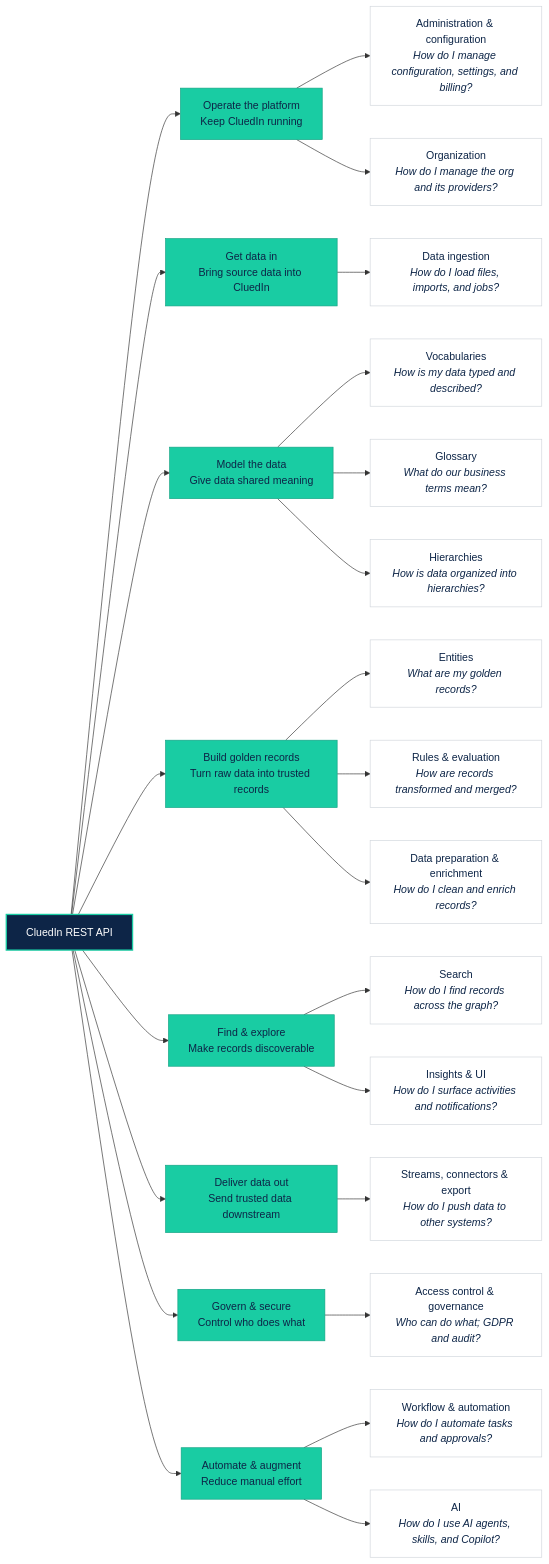
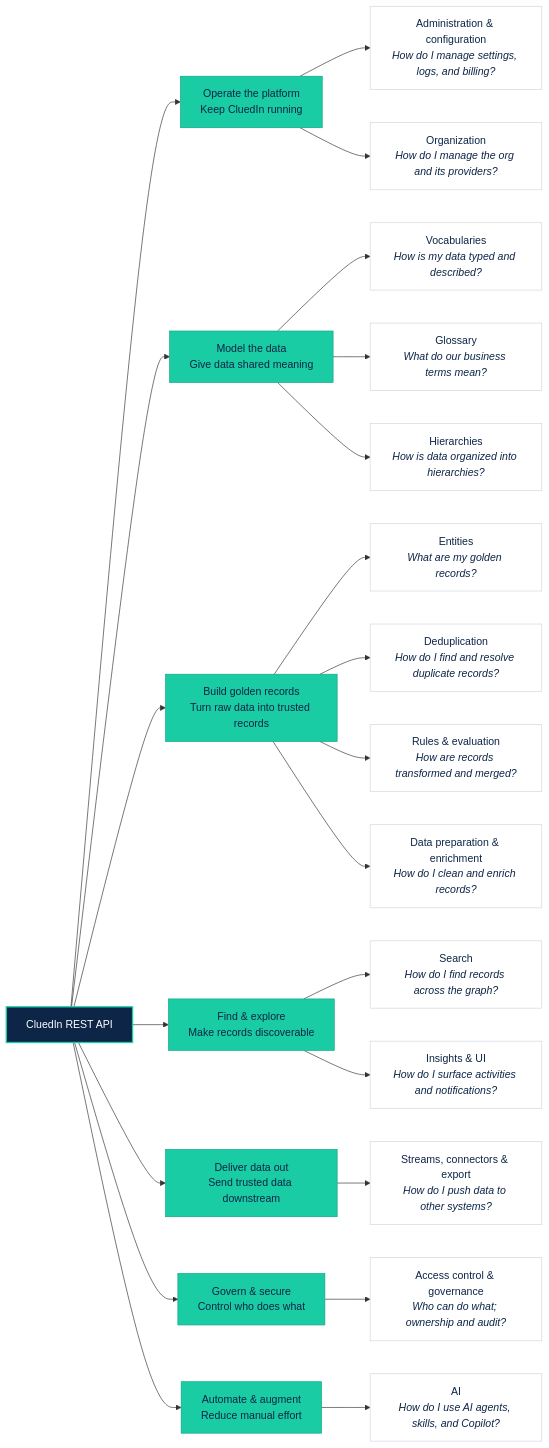
Before and after one commit to CluedIn-io/CluedIn.Documentation: the diagram in docs/250-rest-api/010-get-started.md, drawn with Mermaid. The commit also changed other lines of this file and 44 other files, not shown here.

First line of the commit message:
Apply updated REST API audit: exclude 25 more controllers, add Deduplication category

````diff
--- a/docs/250-rest-api/010-get-started.md
+++ b/docs/250-rest-api/010-get-started.md
@@ -23,63 +23,59 @@
 ```mermaid
 graph LR
   API["CluedIn REST API"]
 
   API --> OP["Operate the platform<br/>Keep CluedIn running"]
-  API --> IN["Get data in<br/>Bring source data into CluedIn"]
   API --> MODEL["Model the data<br/>Give data shared meaning"]
   API --> MASTER["Build golden records<br/>Turn raw data into trusted records"]
   API --> FIND["Find & explore<br/>Make records discoverable"]
   API --> OUT["Deliver data out<br/>Send trusted data downstream"]
   API --> GOV["Govern & secure<br/>Control who does what"]
   API --> AUTO["Automate & augment<br/>Reduce manual effort"]
 
-  OP --> admin["Administration & configuration<br/><i>How do I manage configuration, settings, and billing?</i>"]
+  OP --> admin["Administration & configuration<br/><i>How do I manage settings, logs, and billing?</i>"]
   OP --> org["Organization<br/><i>How do I manage the org and its providers?</i>"]
-
-  IN --> ingest["Data ingestion<br/><i>How do I load files, imports, and jobs?</i>"]
 
   MODEL --> vocab["Vocabularies<br/><i>How is my data typed and described?</i>"]
   MODEL --> gloss["Glossary<br/><i>What do our business terms mean?</i>"]
   MODEL --> hier["Hierarchies<br/><i>How is data organized into hierarchies?</i>"]
 
   MASTER --> ent["Entities<br/><i>What are my golden records?</i>"]
+  MASTER --> dedup["Deduplication<br/><i>How do I find and resolve duplicate records?</i>"]
   MASTER --> rules["Rules & evaluation<br/><i>How are records transformed and merged?</i>"]
   MASTER --> prep["Data preparation & enrichment<br/><i>How do I clean and enrich records?</i>"]
 
   FIND --> search["Search<br/><i>How do I find records across the graph?</i>"]
   FIND --> ui["Insights & UI<br/><i>How do I surface activities and notifications?</i>"]
 
   OUT --> streams["Streams, connectors & export<br/><i>How do I push data to other systems?</i>"]
 
-  GOV --> acl["Access control & governance<br/><i>Who can do what; GDPR and audit?</i>"]
+  GOV --> acl["Access control & governance<br/><i>Who can do what; ownership and audit?</i>"]
 
-  AUTO --> flow["Workflow & automation<br/><i>How do I automate tasks and approvals?</i>"]
   AUTO --> ai["AI<br/><i>How do I use AI agents, skills, and Copilot?</i>"]
 
   %% CluedIn brand styling: navy root, teal phases, white category cards
   classDef root fill:#0d2547,stroke:#19cca3,stroke-width:2px,color:#ffffff;
   classDef phase fill:#19cca3,stroke:#13a384,stroke-width:1px,color:#0d2547;
   classDef cat fill:#ffffff,stroke:#d1d6dc,stroke-width:1px,color:#0d2547;
 
   class API root;
-  class OP,IN,MODEL,MASTER,FIND,OUT,GOV,AUTO phase;
-  class admin,org,ingest,vocab,gloss,hier,ent,rules,prep,search,ui,streams,acl,flow,ai cat;
+  class OP,MODEL,MASTER,FIND,OUT,GOV,AUTO phase;
+  class admin,org,vocab,gloss,hier,ent,dedup,rules,prep,search,ui,streams,acl,ai cat;
 
   %% Links to each category's API reference page
   click API href "/rest-api/api-reference" "All API reference categories" _self
   click admin href "/rest-api/api-reference/administration-and-configuration" "Administration & configuration reference" _self
   click org href "/rest-api/api-reference/organization" "Organization reference" _self
-  click ingest href "/rest-api/api-reference/data-ingestion" "Data ingestion reference" _self
   click vocab href "/rest-api/api-reference/vocabularies" "Vocabularies reference" _self
   click gloss href "/rest-api/api-reference/glossary" "Glossary reference" _self
   click hier href "/rest-api/api-reference/hierarchies" "Hierarchies reference" _self
   click ent href "/rest-api/api-reference/entities" "Entities reference" _self
+  click dedup href "/rest-api/api-reference/deduplication" "Deduplication reference" _self
   click rules href "/rest-api/api-reference/rules-and-evaluation" "Rules & evaluation reference" _self
   click prep href "/rest-api/api-reference/data-preparation-and-enrichment" "Data preparation & enrichment reference" _self
   click search href "/rest-api/api-reference/search" "Search reference" _self
   click ui href "/rest-api/api-reference/insights-and-ui" "Insights & UI reference" _self
   click streams href "/rest-api/api-reference/streams-and-export" "Streams, connectors & export reference" _self
   click acl href "/rest-api/api-reference/access-control-and-governance" "Access control & governance reference" _self
-  click flow href "/rest-api/api-reference/workflow-and-automation" "Workflow & automation reference" _self
   click ai href "/rest-api/api-reference/ai" "AI reference" _self
 ```
````
